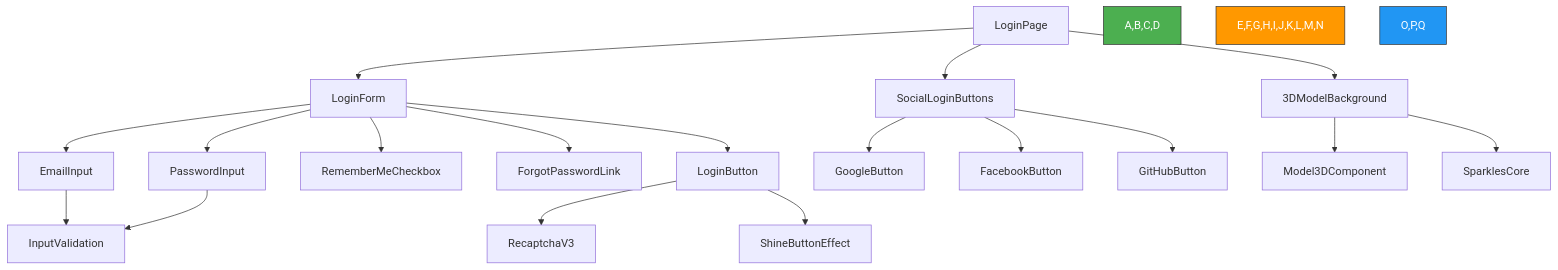
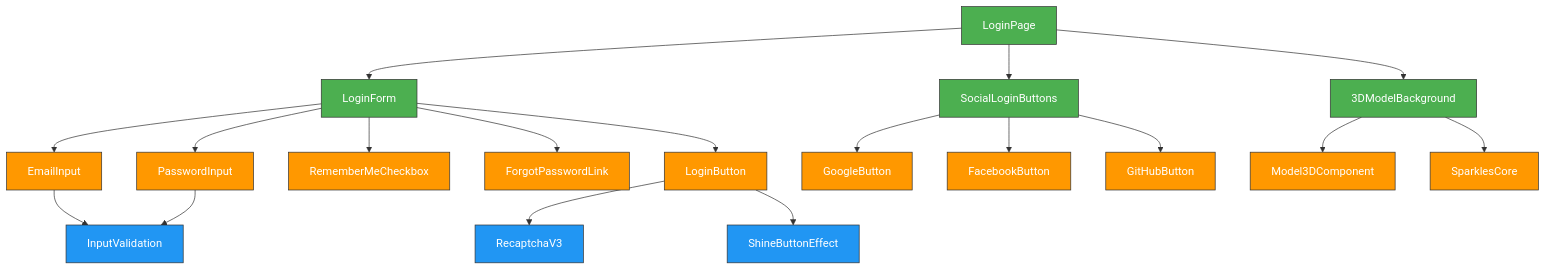
One commit to TuPhung369/Haaga_Backend_Programming changed the sixth of 7 diagrams in TuPhung_Docs/docs/frontend/authentication.md. Above: the diagram before and after it, drawn with Mermaid. The commit also changed other lines of this file and 25 other files, not shown here.

````diff
--- a/TuPhung_Docs/docs/frontend/authentication.md
+++ b/TuPhung_Docs/docs/frontend/authentication.md
@@ -311,28 +311,32 @@
 ```mermaid
 flowchart TD
     A[LoginPage] --> B[LoginForm]
     A --> C[SocialLoginButtons]
     A --> D[3DModelBackground]
 
     B --> E[EmailInput]
     B --> F[PasswordInput]
     B --> G[RememberMeCheckbox]
     B --> H[ForgotPasswordLink]
     B --> I[LoginButton]
 
     C --> J[GoogleButton]
     C --> K[FacebookButton]
     C --> L[GitHubButton]
 
     D --> M[Model3DComponent]
     D --> N[SparklesCore]
 
     E --> O[InputValidation]
     F --> O
     I --> P[RecaptchaV3]
     I --> Q[ShineButtonEffect]
 
-    style A,B,C,D fill:#4CAF50,stroke:#333,stroke-width:1px,color:#fff
-    style E,F,G,H,I,J,K,L,M,N fill:#FF9800,stroke:#333,stroke-width:1px,color:#fff
-    style O,P,Q fill:#2196F3,stroke:#333,stroke-width:1px,color:#fff
+    classDef primary fill:#4CAF50,stroke:#333,stroke-width:1px,color:#fff
+    classDef secondary fill:#FF9800,stroke:#333,stroke-width:1px,color:#fff
+    classDef utility fill:#2196F3,stroke:#333,stroke-width:1px,color:#fff
+
+    class A,B,C,D primary
+    class E,F,G,H,I,J,K,L,M,N secondary
+    class O,P,Q utility
 ```
````
